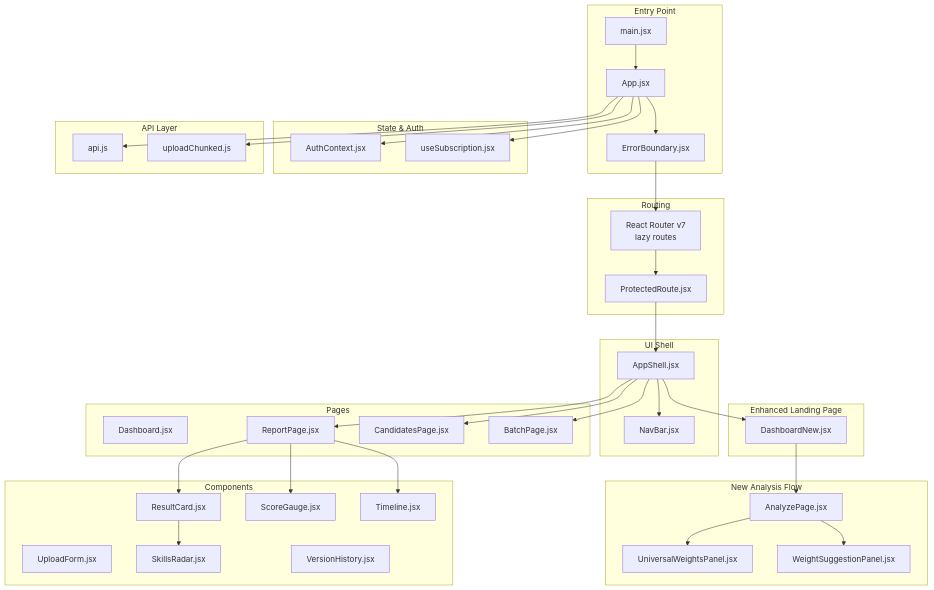
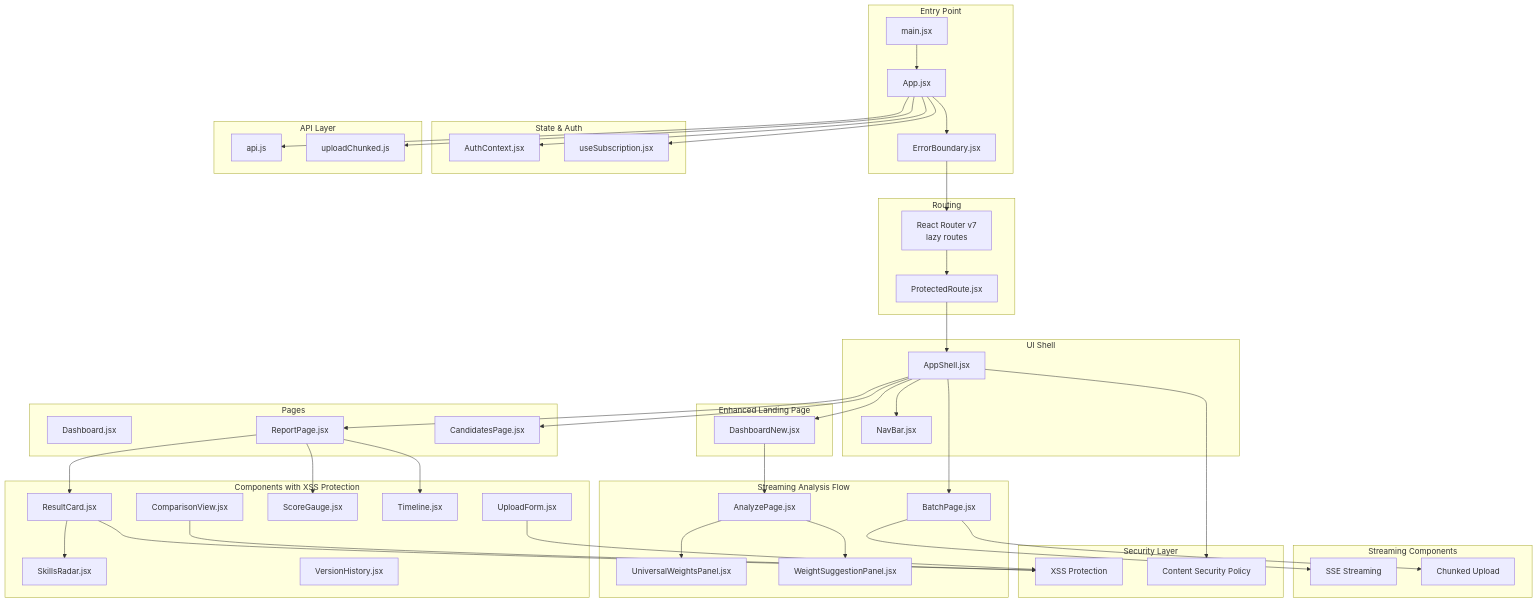
One commit to Revanththetalogics/aireume changed the first of 24 diagrams in .qoder/repowiki/en/content/Frontend Architecture/Frontend Architecture.md. Above: the diagram before and after it, drawn with Mermaid. The commit also changed other lines of this file and 61 other files, not shown here.

````diff
--- a/.qoder/repowiki/en/content/Frontend Architecture/Frontend Architecture.md
+++ b/.qoder/repowiki/en/content/Frontend Architecture/Frontend Architecture.md
@@ -64,67 +67,82 @@
 ```mermaid
 graph TB
 subgraph "Entry Point"
 M["main.jsx"]
 A["App.jsx"]
 EB["ErrorBoundary.jsx"]
 end
 subgraph "Routing"
 R["React Router v7<br/>lazy routes"]
 PR["ProtectedRoute.jsx"]
 end
 subgraph "UI Shell"
 AS["AppShell.jsx"]
 NB["NavBar.jsx"]
 end
 subgraph "Enhanced Landing Page"
 DN["DashboardNew.jsx"]
 end
-subgraph "New Analysis Flow"
+subgraph "Streaming Analysis Flow"
 AP["AnalyzePage.jsx"]
 UWP["UniversalWeightsPanel.jsx"]
 WSP["WeightSuggestionPanel.jsx"]
+BP["BatchPage.jsx"]
+end
+subgraph "Streaming Components"
+SSE["SSE Streaming"]
+CR["Chunked Upload"]
 end
 subgraph "Pages"
 D["Dashboard.jsx"]
 RP["ReportPage.jsx"]
 CP["CandidatesPage.jsx"]
-BP["BatchPage.jsx"]
 end
-subgraph "Components"
+subgraph "Components with XSS Protection"
 UF["UploadForm.jsx"]
 RC["ResultCard.jsx"]
 SG["ScoreGauge.jsx"]
 TL["Timeline.jsx"]
 SR["SkillsRadar.jsx"]
 VH["VersionHistory.jsx"]
+CV["ComparisonView.jsx"]
 end
 subgraph "State & Auth"
 AC["AuthContext.jsx"]
 USC["useSubscription.jsx"]
 end
 subgraph "API Layer"
 API["api.js"]
 UC["uploadChunked.js"]
+end
+subgraph "Security Layer"
+SEC["XSS Protection"]
+CSP["Content Security Policy"]
 end
 M --> A
 A --> EB
 EB --> R
 R --> PR
 PR --> AS
 AS --> NB
 AS --> DN
 DN --> AP
 AP --> UWP
 AP --> WSP
+AS --> BP
+BP --> SSE
+BP --> CR
 AS --> RP
 RP --> RC
 RP --> SG
 RP --> TL
 RC --> SR
 AS --> CP
-AS --> BP
 A --> API
 A --> AC
 A --> USC
 A --> UC
+RC --> SEC
+CV --> SEC
+UF --> SEC
+AS --> CSP
 ```
````
